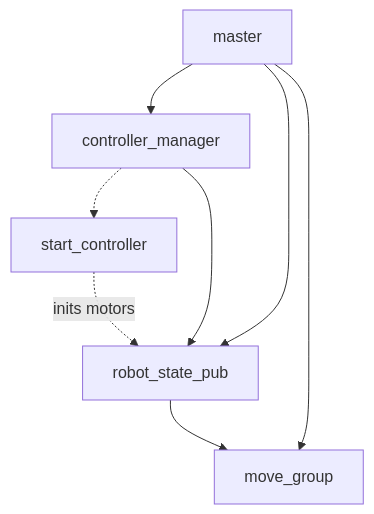
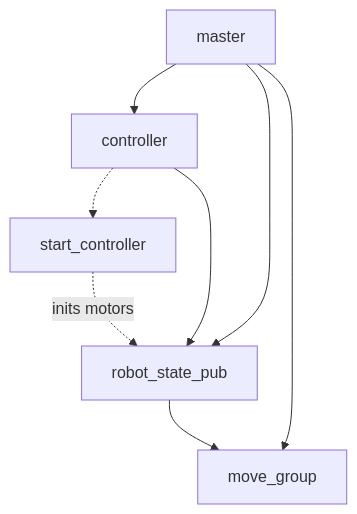
The diagram in docs/docker.md (ivaROS/ivaHandy), drawn with Mermaid before and after one commit. The commit also changed 4 other files, not shown here.

````diff
--- a/docs/docker.md
+++ b/docs/docker.md
@@ -85,12 +85,12 @@
 ```mermaid
 graph TD
     master
-    master --> controller_manager
-    controller_manager -.-> start_controller
+    master --> controller
+    controller -.-> start_controller
     start_controller -.->|inits motors| robot_state_pub
-    controller_manager --> robot_state_pub
+    controller --> robot_state_pub
     robot_state_pub --> move_group
 
     master --> robot_state_pub
     master --> move_group
 ```
````
